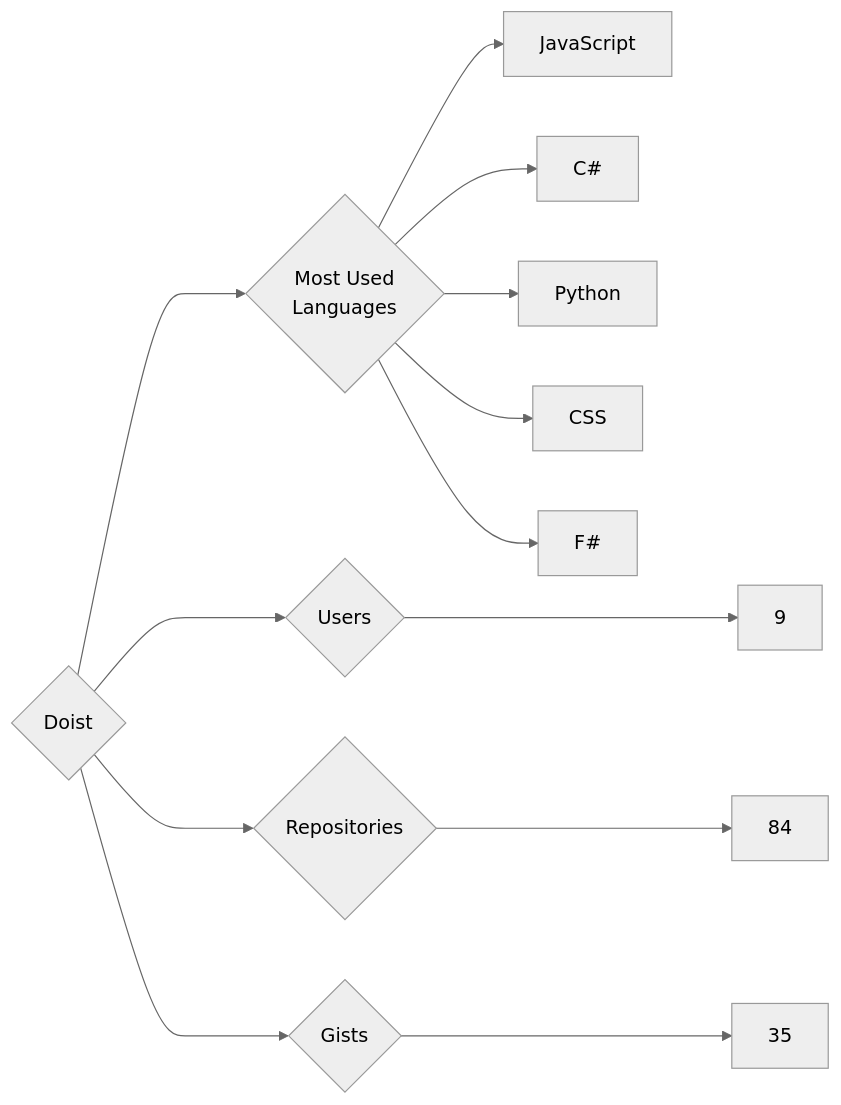
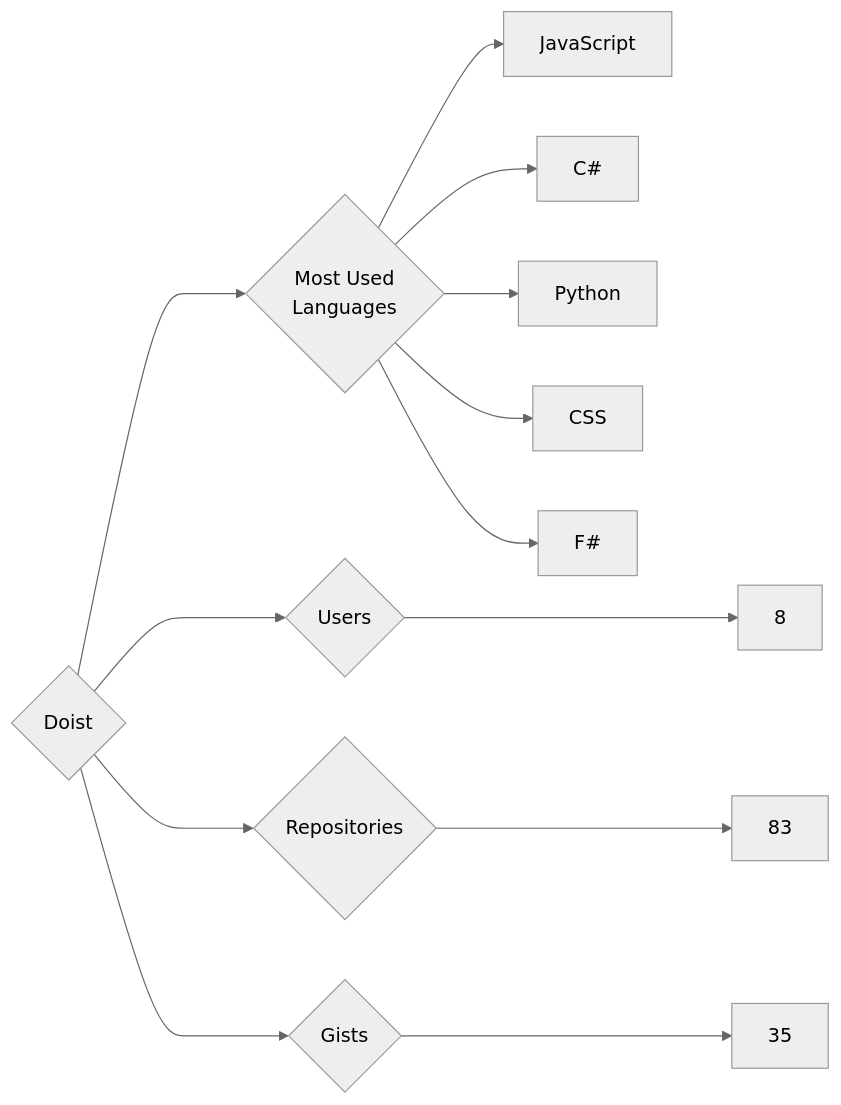
Before and after one commit to trickest/insiders: the diagram in targets/Doist/README.md, drawn with Mermaid (neutral theme). The commit also changed 1055 other files, not shown here.

````diff
--- a/targets/Doist/README.md
+++ b/targets/Doist/README.md
@@ -3,13 +3,13 @@
 ```mermaid
 graph LR
 COMPANY_NAME{Doist}
-COMPANY_NAME ---> U{Users} ---> UN[9]
-COMPANY_NAME ---> R{Repositories} ---> RN[84]
+COMPANY_NAME ---> U{Users} ---> UN[8]
+COMPANY_NAME ---> R{Repositories} ---> RN[83]
 COMPANY_NAME ---> G{Gists} ---> GN[35]
 COMPANY_NAME ---> ML{Most Used<br>Languages}
 ML --> JavaScript[JavaScript]
 ML --> C#[C#]
 ML --> Python[Python]
 ML --> CSS[CSS]
 ML --> F#[F#]
 ```
````
